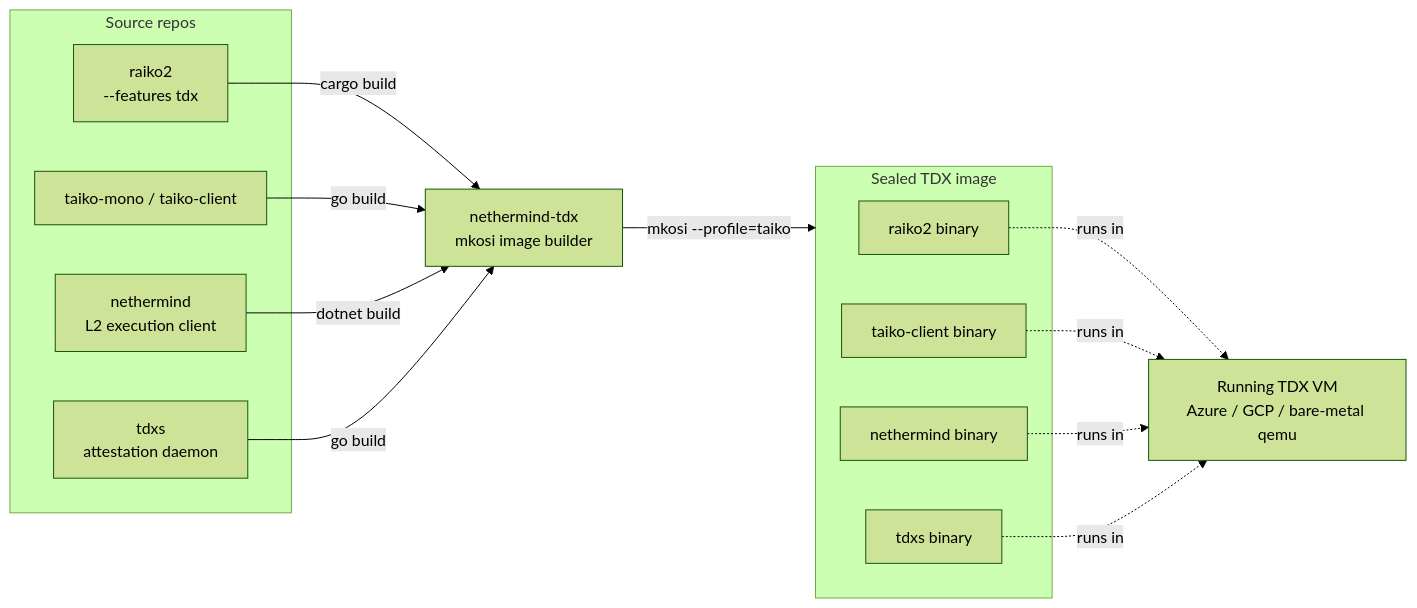
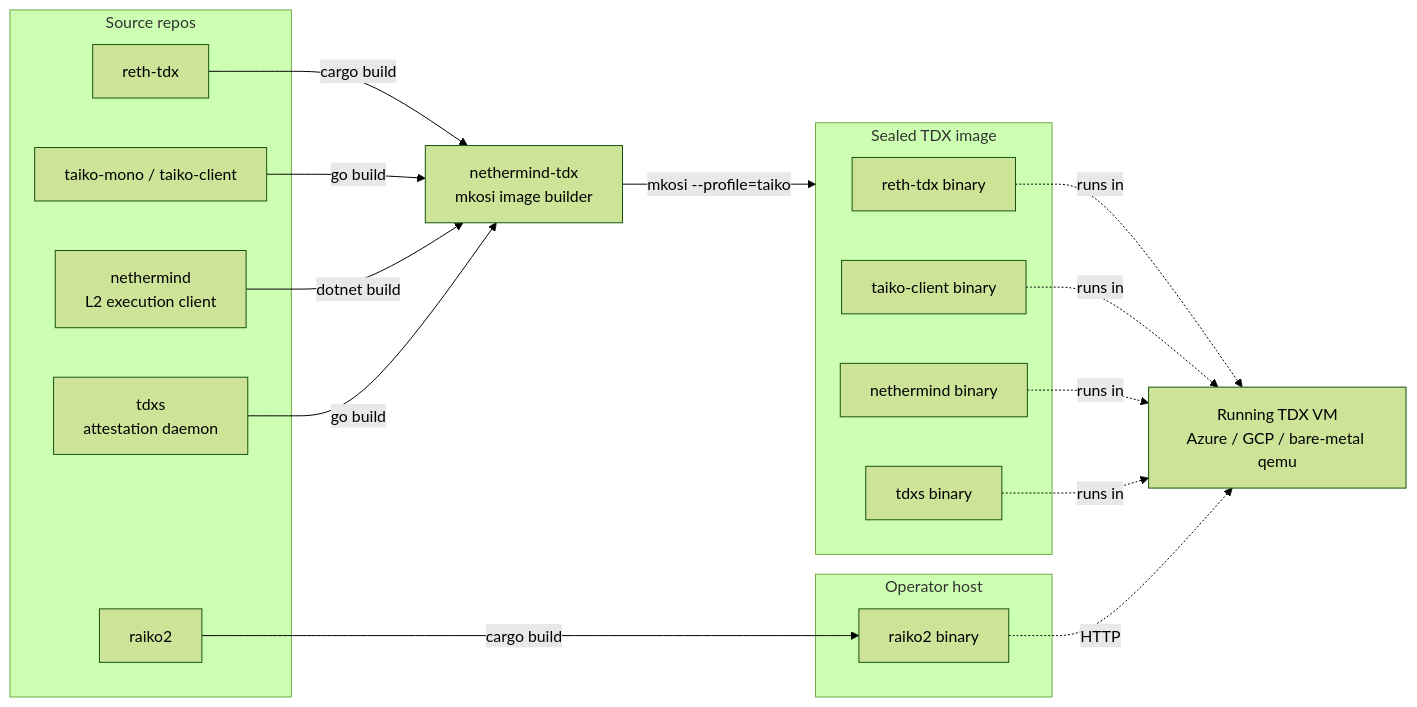
One commit to taikoxyz/raiko2 changed the first of 4 diagrams in docs/tdx_architecture.md. Above: the diagram before and after it, drawn with Mermaid (forest theme). The commit also changed other lines of this file and 10 other files, not shown here.

````diff
--- a/docs/tdx_architecture.md
+++ b/docs/tdx_architecture.md
@@ -28,30 +28,38 @@
 ```mermaid
 flowchart LR
     subgraph SRC[Source repos]
-        R2[raiko2<br/>--features tdx]
+        R2[raiko2]
+        RTDX[reth-tdx]
         TM[taiko-mono / taiko-client]
         NM[nethermind<br/>L2 execution client]
         TDXS[tdxs<br/>attestation daemon]
     end
 
     NMTDX[nethermind-tdx<br/>mkosi image builder]
 
     subgraph IMG[Sealed TDX image]
-        IMG_R2[raiko2 binary]
+        IMG_RTDX[reth-tdx binary]
         IMG_TC[taiko-client binary]
         IMG_NM[nethermind binary]
         IMG_TDXS[tdxs binary]
     end
 
+    subgraph HOST[Operator host]
+        R2_BIN[raiko2 binary]
+    end
+
     VM[Running TDX VM<br/>Azure / GCP / bare-metal qemu]
 
-    R2 -->|cargo build| NMTDX
+    RTDX -->|cargo build| NMTDX
     TM -->|go build| NMTDX
     NM -->|dotnet build| NMTDX
     TDXS -->|go build| NMTDX
     NMTDX -->|mkosi --profile=taiko| IMG
-    IMG_R2 -.runs in.-> VM
+    IMG_RTDX -.runs in.-> VM
     IMG_TC -.runs in.-> VM
     IMG_NM -.runs in.-> VM
     IMG_TDXS -.runs in.-> VM
+
+    R2 -->|cargo build| R2_BIN
+    R2_BIN -.HTTP.-> VM
 ```
````
